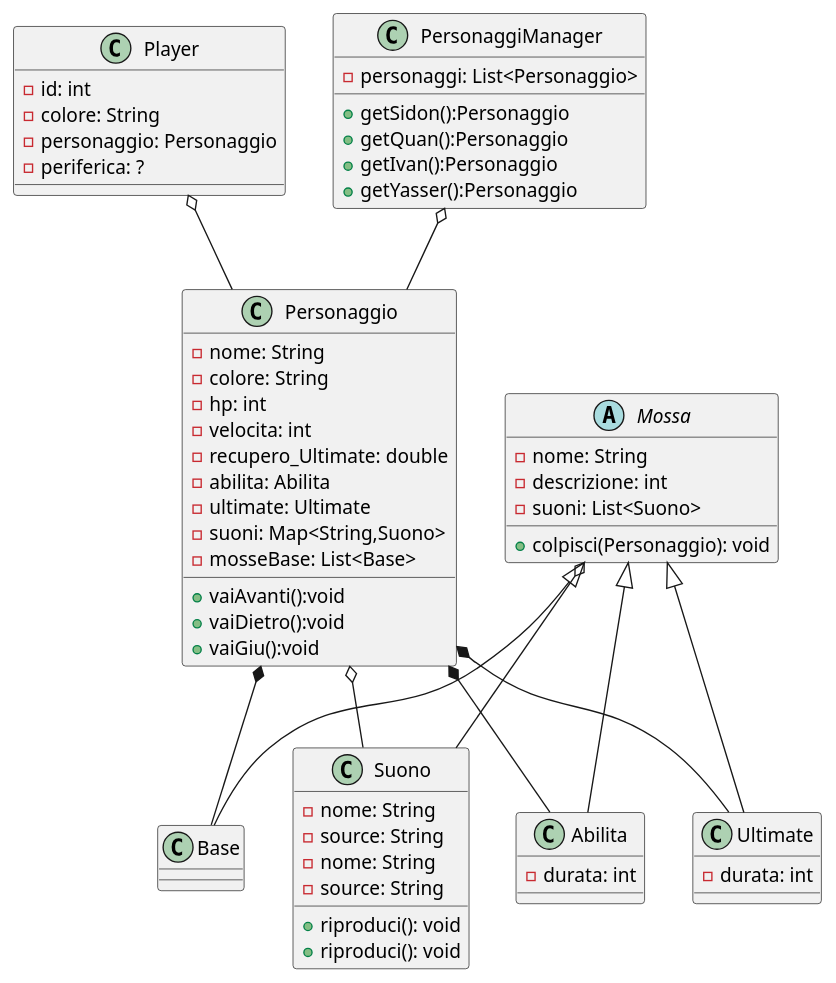
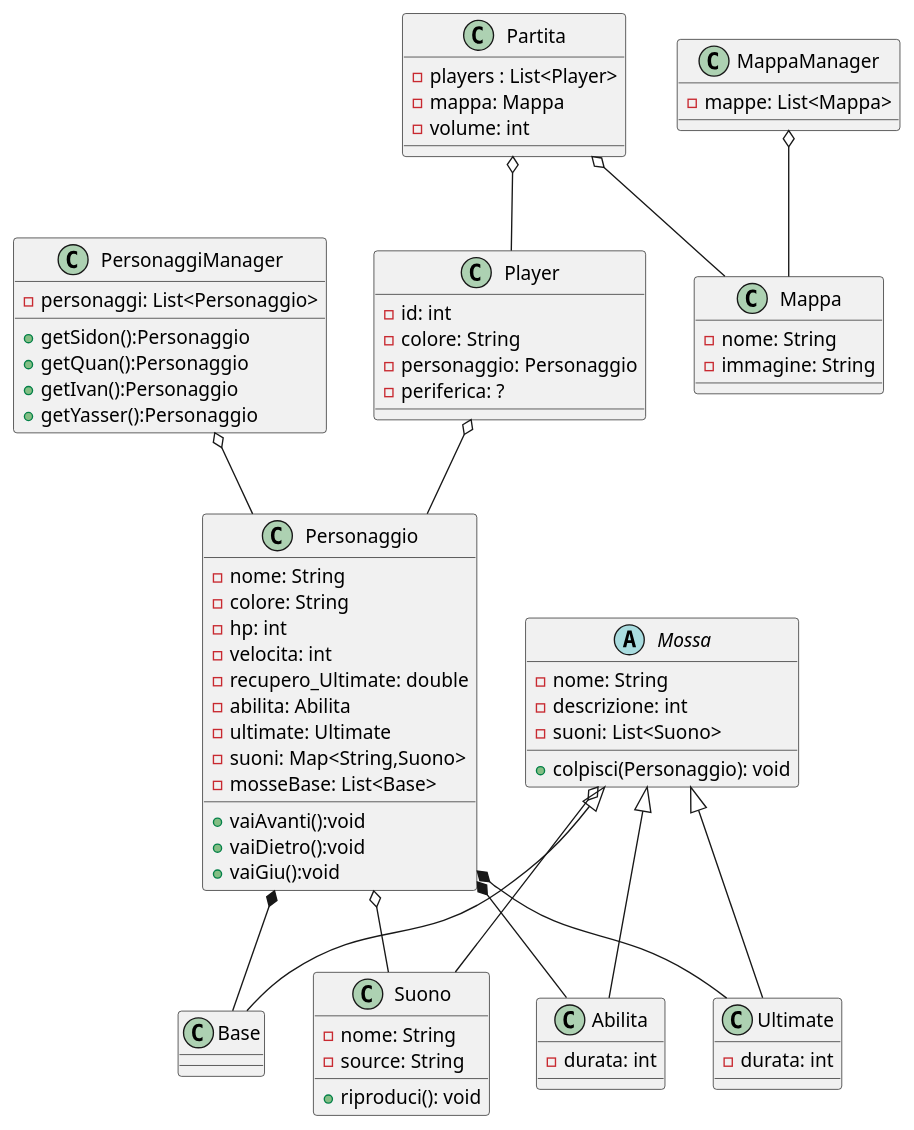
One commit to IvanOstroumov/SAMT-ALL-STARS changed the diagram in 7_Allegati/Diagramma delle classi.puml. Above: the diagram before and after it, drawn with PlantUML.

Commit message:
PlantUML 2.0 | 30.01.2026

```diff
--- a/7_Allegati/Diagramma delle classi.puml
+++ b/7_Allegati/Diagramma delle classi.puml
@@ -1,71 +1,86 @@
 @startuml
 
 class Personaggio {
     -nome: String
     -colore: String
     -hp: int
     -velocita: int
     -recupero_Ultimate: double
     -abilita: Abilita
     -ultimate: Ultimate
     -suoni: Map<String,Suono>
     -mosseBase: List<Base>
     +vaiAvanti():void
     +vaiDietro():void
     +vaiGiu():void
 }
 
 
 abstract class Mossa{
     -nome: String
     -descrizione: int
     -suoni: List<Suono>
     +colpisci(Personaggio): void
 }
 
 class Abilita{
     -durata: int
 }
 class Ultimate{
     -durata: int
 }
 class Base{
 }
 class Suono{
     -nome: String
     -source: String
     +riproduci(): void
 }
 
 class Player{
     -id: int
     -colore: String
     -personaggio: Personaggio
     -periferica: ?
 }
-class Suono{
-    -nome: String
-    -source: String
-    +riproduci(): void
-}
 
 class PersonaggiManager{
     -personaggi: List<Personaggio>
     +getSidon():Personaggio
     +getQuan():Personaggio
     +getIvan():Personaggio
     +getYasser():Personaggio
 }
 
+class Mappa{
+    -nome: String
+    -immagine: String
+}
+
+class MappaManager{
+    -mappe: List<Mappa>
+}
+
+class Partita {
+    -players : List<Player>
+    -mappa: Mappa
+    -volume: int
+}
+
+
+
 Mossa <|-- Abilita
 Mossa <|-- Ultimate
 Mossa <|-- Base
 Personaggio *-- Base
 Personaggio *-- Ultimate
 Personaggio *-- Abilita
 Mossa o-- Suono
 PersonaggiManager o-- Personaggio
+MappaManager o-- Mappa
 Personaggio o-- Suono
 Player o-- Personaggio
+Partita o-- Mappa
+Partita o-- Player
 
 @enduml
```
